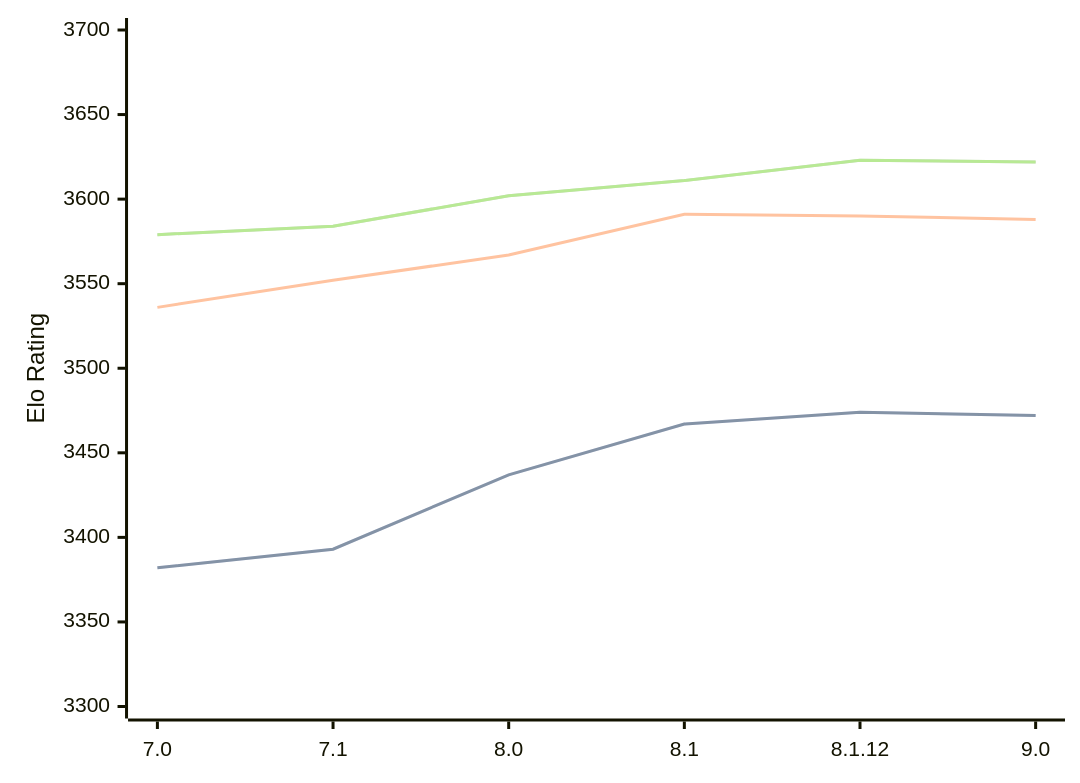
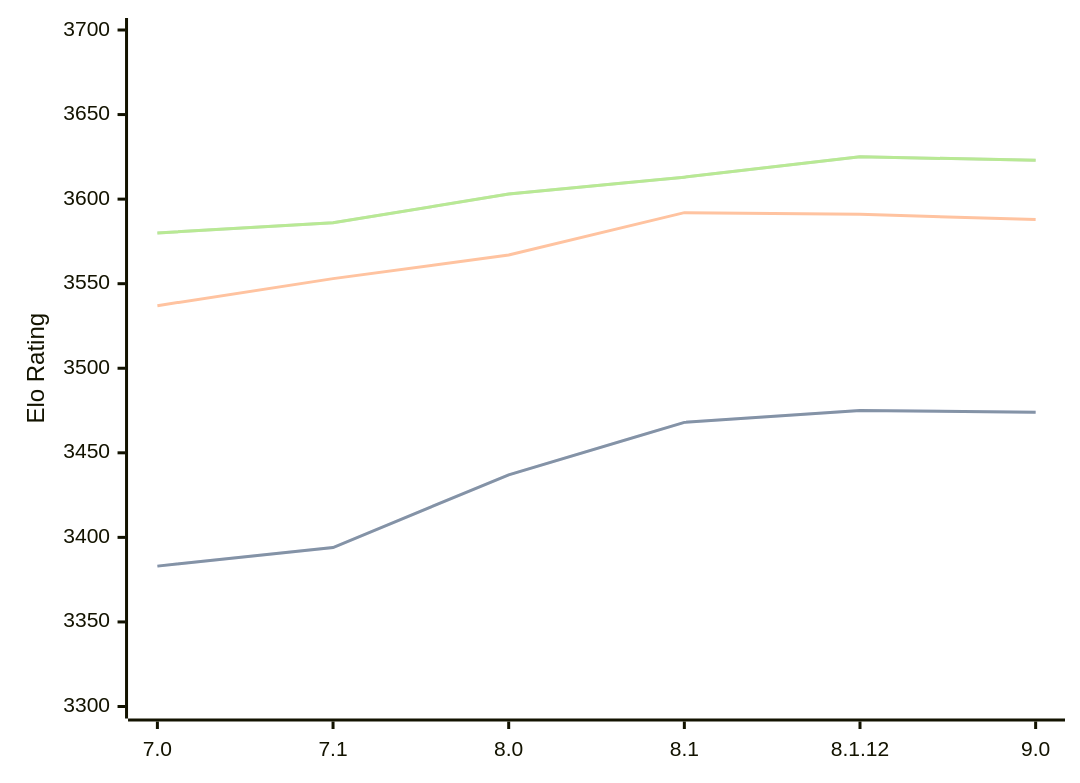
Before and after one commit to computer-chess-index/cci: the diagram in engines/Alexandria.md, drawn with Mermaid. The commit also changed other lines of this file, not shown here.

Commit message:
Update CCI Ratings (ELO VLTC) - 2026-05-12

````diff
--- a/engines/Alexandria.md
+++ b/engines/Alexandria.md
@@ -55,11 +55,11 @@
 ```mermaid
 %%{init: {"theme":"base","themeVariables":{"seriesColors:['#a3a3a3','#222221','#faa371']}}}%%
 xychart-beta
   x-axis ["7.0", "7.1", "8.0", "8.1", "8.1.12", "9.0"]
   y-axis "Elo Rating" 3300 --> 3700
-  line "STC (8.0+0.08s)" [3382, 3393, 3437, 3467, 3474, 3472]
-  line "STC (8.0+0.08s)" [3382, 3393, 3437, 3467, 3474, 3472]
-  line "LTC (60.0+0.60s)" [3536, 3552, 3567, 3591, 3590, 3588]
-  line "VLTC (2m24s+1.12s)" [3579, 3584, 3602, 3611, 3623, 3622]
-  line "VLTC (2m24s+1.12s)" [3579, 3584, 3602, 3611, 3623, 3622]
+  line "STC (8.0+0.08s)" [3383, 3394, 3437, 3468, 3475, 3474]
+  line "STC (8.0+0.08s)" [3383, 3394, 3437, 3468, 3475, 3474]
+  line "LTC (60.0+0.60s)" [3537, 3553, 3567, 3592, 3591, 3588]
+  line "VLTC (2m24s+1.12s)" [3580, 3586, 3603, 3613, 3625, 3623]
+  line "VLTC (2m24s+1.12s)" [3580, 3586, 3603, 3613, 3625, 3623]
 ```
````
